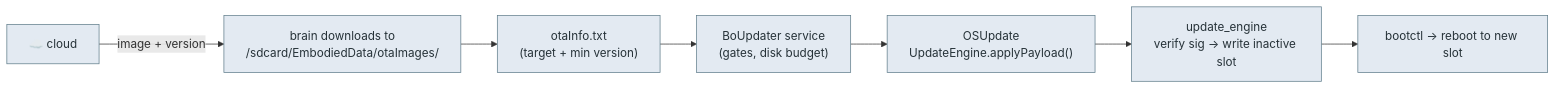
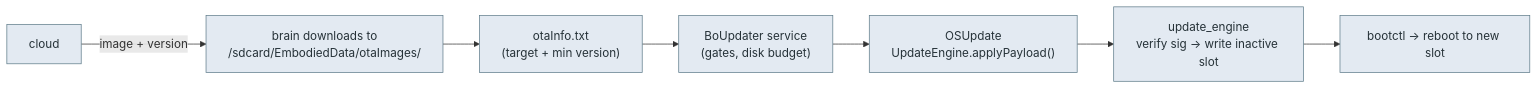
The diagram in docs/reverse-engineering/firmware/ota-and-recovery.md (mvalancy/moxie-robot-saver), drawn with Mermaid before and after one commit. The commit also changed other lines of this file and 454 other files, not shown here.

````diff
--- a/docs/reverse-engineering/firmware/ota-and-recovery.md
+++ b/docs/reverse-engineering/firmware/ota-and-recovery.md
@@ -13,11 +15,11 @@
 ```mermaid
 flowchart LR
-  cloud["☁️ cloud"] -->|image + version| dl["brain downloads to<br/>/sdcard/EmbodiedData/otaImages/"]
+  cloud["cloud"] -->|image + version| dl["brain downloads to<br/>/sdcard/EmbodiedData/otaImages/"]
   dl --> info["otaInfo.txt<br/>(target + min version)"]
   info --> bu["BoUpdater service<br/>(gates, disk budget)"]
   bu --> osu["OSUpdate<br/>UpdateEngine.applyPayload()"]
   osu --> ue["update_engine<br/>verify sig → write inactive slot"]
   ue --> reboot["bootctl → reboot to new slot"]
   classDef d fill:#e3eaf2,stroke:#607d8b,color:#263238;
   class cloud,dl,info,bu,osu,ue,reboot d;
 ```
````
